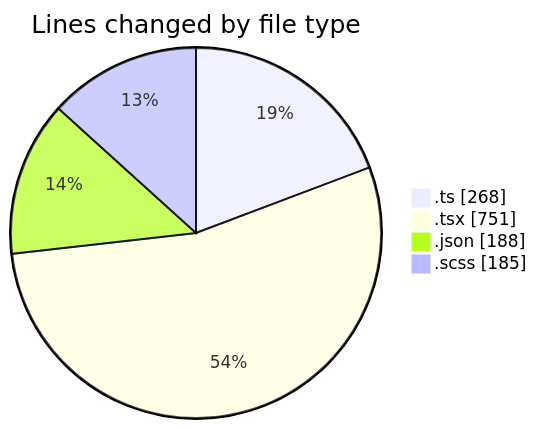
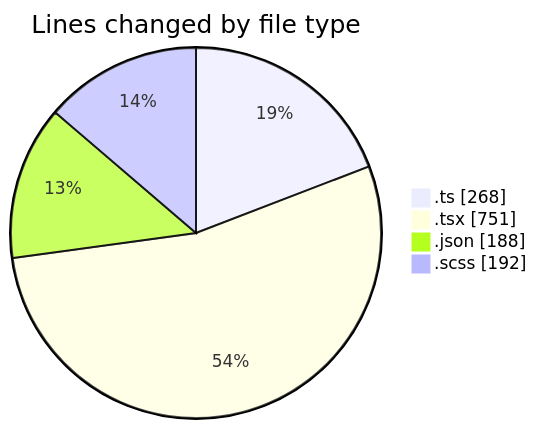
Before and after one commit to momahboobian/code-tracking: the first of 2 diagrams in 2026-05-07/cda/README.md, drawn with Mermaid. The commit also changed other lines of this file and 1 other file, not shown here.

````diff
--- a/2026-05-07/cda/README.md
+++ b/2026-05-07/cda/README.md
@@ -32,8 +32,8 @@
 ```mermaid
 pie showData
 title Lines changed by file type
 ".ts" : 268
 ".tsx" : 751
 ".json" : 188
-".scss" : 185
+".scss" : 192
 ```
````
